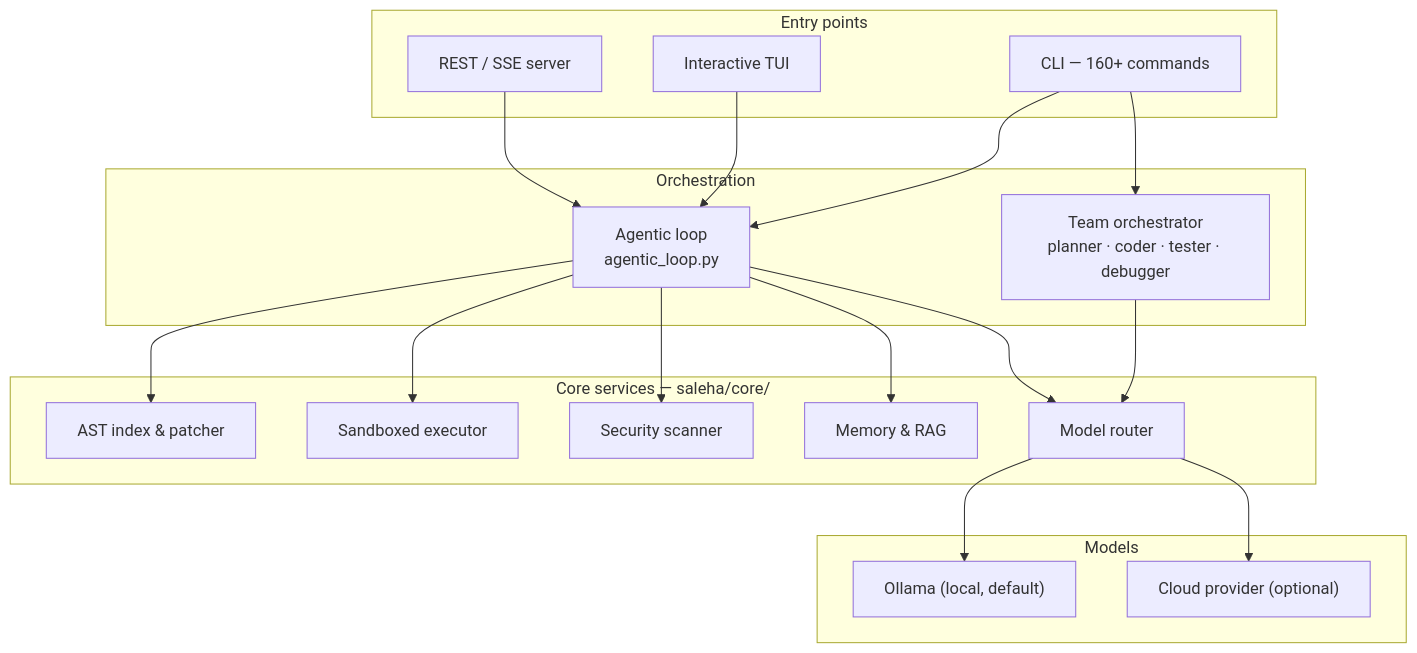
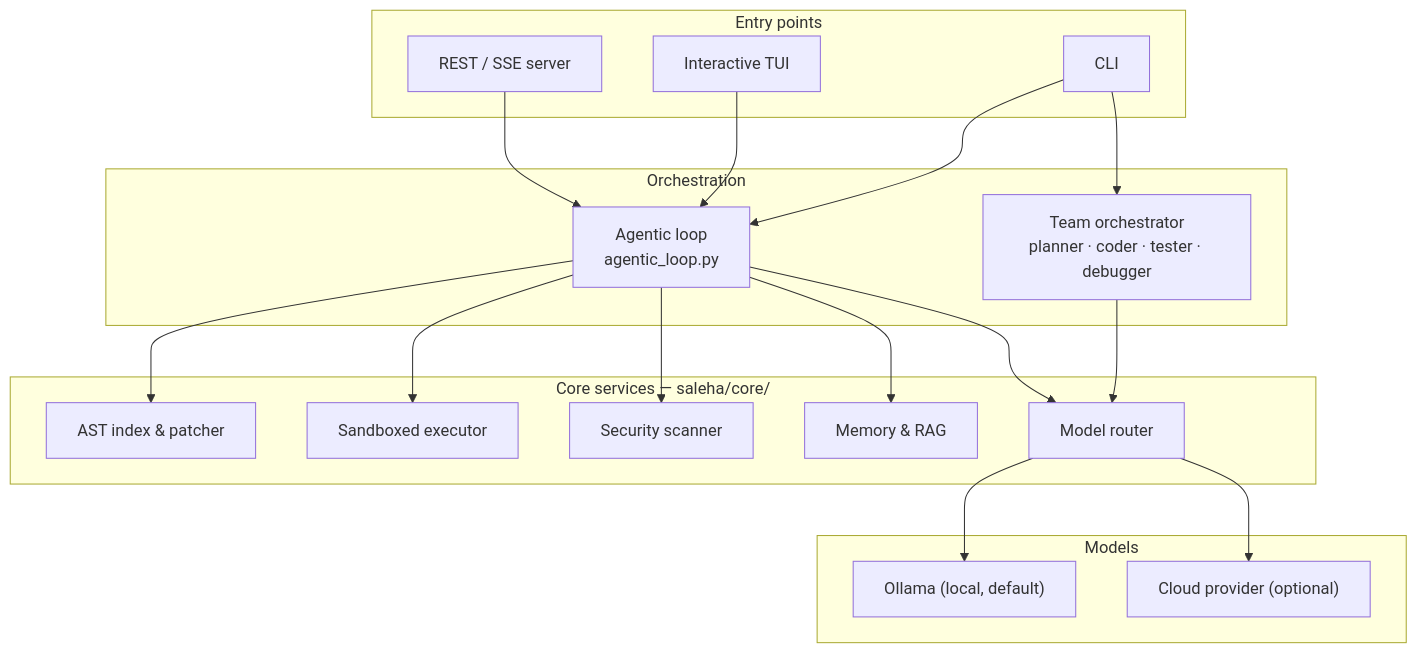
The first of 3 diagrams in README.md (MDaftab76678-1945/Saleha), drawn with Mermaid before and after one commit. The commit also changed other lines of this file and 24 other files, not shown here.

````diff
--- a/README.md
+++ b/README.md
@@ -64,39 +63,39 @@
 ```mermaid
 flowchart TB
     subgraph entry["Entry points"]
-        CLI["CLI — 160+ commands"]
+        CLI["CLI"]
         TUI["Interactive TUI"]
         WEB["REST / SSE server"]
     end
 
     subgraph orch["Orchestration"]
         LOOP["Agentic loop<br/>agentic_loop.py"]
         TEAM["Team orchestrator<br/>planner · coder · tester · debugger"]
     end
 
     subgraph core["Core services — saleha/core/"]
         INDEX["AST index & patcher"]
         EXEC["Sandboxed executor"]
         SAST["Security scanner"]
         MEM["Memory & RAG"]
         ROUTE["Model router"]
     end
 
     subgraph models["Models"]
         OLLAMA["Ollama (local, default)"]
         CLOUD["Cloud provider (optional)"]
     end
 
     CLI --> LOOP
     TUI --> LOOP
     WEB --> LOOP
     CLI --> TEAM
     LOOP --> INDEX
     LOOP --> EXEC
     LOOP --> SAST
     LOOP --> MEM
     TEAM --> ROUTE
     LOOP --> ROUTE
     ROUTE --> OLLAMA
     ROUTE --> CLOUD
 ```
````
